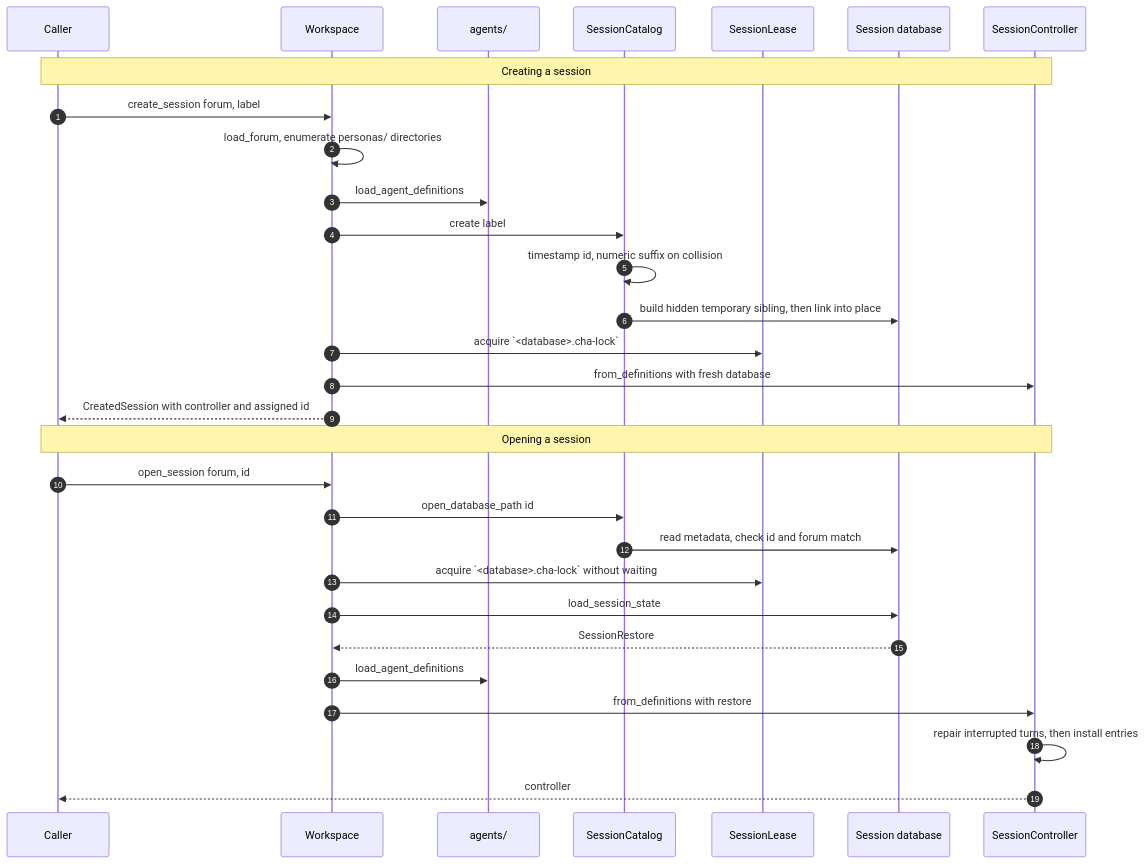
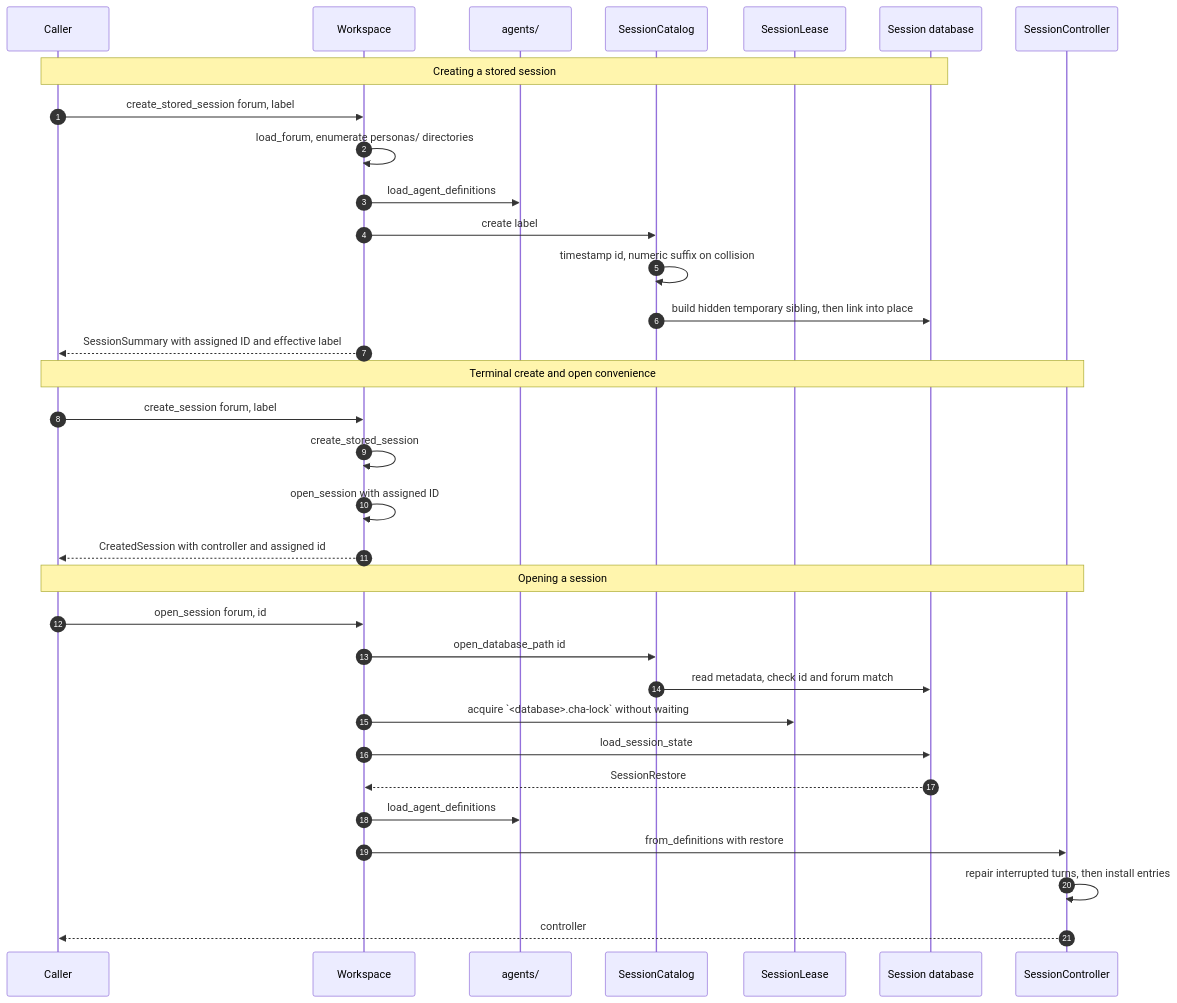
Before and after one commit to michaelpopov/cha: the second of 4 diagrams in src/session/README.md, drawn with Mermaid. The commit also changed other lines of this file and 4 other files, not shown here.

Commit message:
create-only-session

````diff
--- a/src/session/README.md
+++ b/src/session/README.md
@@ -83,34 +83,38 @@
 ```mermaid
 sequenceDiagram
     autonumber
     participant UI as Caller
     participant WS as Workspace
     participant AG as agents/
     participant SC as SessionCatalog
     participant SL as SessionLease
     participant DB as Session database
     participant CC as SessionController
 
-    Note over UI,CC: Creating a session
-    UI->>WS: create_session forum, label
+    Note over UI,DB: Creating a stored session
+    UI->>WS: create_stored_session forum, label
     WS->>WS: load_forum, enumerate personas/ directories
     WS->>AG: load_agent_definitions
     WS->>SC: create label
     SC->>SC: timestamp id, numeric suffix on collision
     SC->>DB: build hidden temporary sibling, then link into place
-    WS->>SL: acquire `<database>.cha-lock`
-    WS->>CC: from_definitions with fresh database
+    WS-->>UI: SessionSummary with assigned ID and effective label
+
+    Note over UI,CC: Terminal create and open convenience
+    UI->>WS: create_session forum, label
+    WS->>WS: create_stored_session
+    WS->>WS: open_session with assigned ID
     WS-->>UI: CreatedSession with controller and assigned id
 
     Note over UI,CC: Opening a session
     UI->>WS: open_session forum, id
     WS->>SC: open_database_path id
     SC->>DB: read metadata, check id and forum match
     WS->>SL: acquire `<database>.cha-lock` without waiting
     WS->>DB: load_session_state
     DB-->>WS: SessionRestore
     WS->>AG: load_agent_definitions
     WS->>CC: from_definitions with restore
     CC->>CC: repair interrupted turns, then install entries
     CC-->>UI: controller
 ```
````
